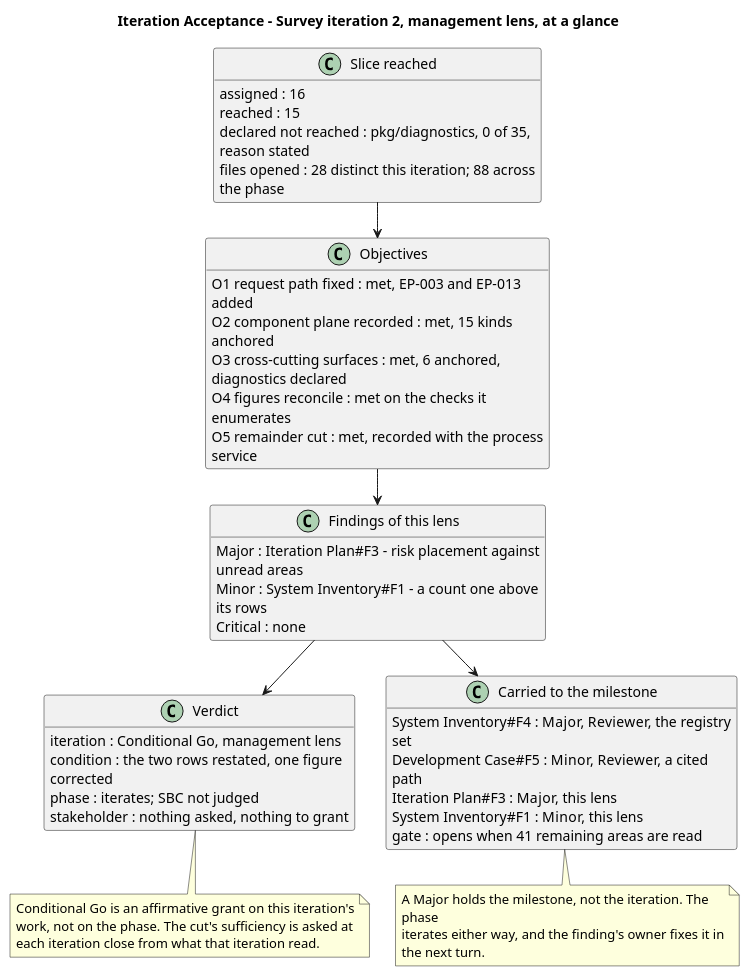
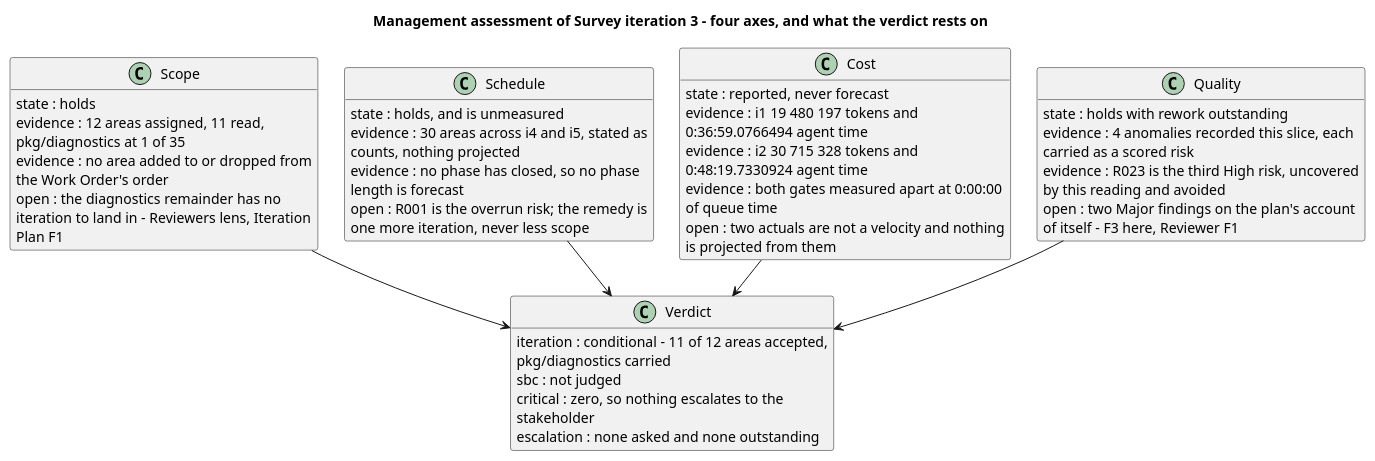
One commit to banense-test/dapr changed diagram 11 of 13 in docs/artifacts/project-management/review-record.md. Above: the diagram before and after it, drawn with PlantUML. The commit also changed other lines of this file, not shown here.

Commit message:
Management Reviewer [Survey3]: upsert Review Record
[skip ci]

````diff
--- a/docs/artifacts/project-management/review-record.md
+++ b/docs/artifacts/project-management/review-record.md
@@ -1127,62 +1116,51 @@
 ```plantuml
 @startuml
-title Iteration Acceptance - Survey iteration 2, management lens, at a glance
+title Management assessment of Survey iteration 3 - four axes, and what the verdict rests on
 hide empty members
 skinparam classAttributeIconSize 0
-skinparam wrapWidth 340
+skinparam wrapWidth 320
 skinparam nodesep 26
 skinparam ranksep 36
 
-class "Slice reached" as S {
-  assigned : 16
-  reached : 15
-  declared not reached : pkg/diagnostics, 0 of 35, reason stated
-  files opened : 28 distinct this iteration; 88 across the phase
+class "Scope" as SCOPE {
+  state : holds
+  evidence : 12 areas assigned, 11 read, pkg/diagnostics at 1 of 35
+  evidence : no area added to or dropped from the Work Order's order
+  open : the diagnostics remainder has no iteration to land in - Reviewers lens, Iteration Plan F1
 }
 
-class "Objectives" as O {
-  O1 request path fixed : met, EP-003 and EP-013 added
-  O2 component plane recorded : met, 15 kinds anchored
-  O3 cross-cutting surfaces : met, 6 anchored, diagnostics declared
-  O4 figures reconcile : met on the checks it enumerates
-  O5 remainder cut : met, recorded with the process service
+class "Schedule" as SCHED {
+  state : holds, and is unmeasured
+  evidence : 30 areas across i4 and i5, stated as counts, nothing projected
+  evidence : no phase has closed, so no phase length is forecast
+  open : R001 is the overrun risk; the remedy is one more iteration, never less scope
 }
 
-class "Findings of this lens" as F {
-  Major : Iteration Plan#F3 - risk placement against unread areas
-  Minor : System Inventory#F1 - a count one above its rows
-  Critical : none
+class "Cost" as COST {
+  state : reported, never forecast
+  evidence : i1 19 480 197 tokens and 0:36:59.0766494 agent time
+  evidence : i2 30 715 328 tokens and 0:48:19.7330924 agent time
+  evidence : both gates measured apart at 0:00:00 of queue time
+  open : two actuals are not a velocity and nothing is projected from them
+}
+
+class "Quality" as QUAL {
+  state : holds with rework outstanding
+  evidence : 4 anomalies recorded this slice, each carried as a scored risk
+  evidence : R023 is the third High risk, uncovered by this reading and avoided
+  open : two Major findings on the plan's account of itself - F3 here, Reviewer F1
 }
 
 class "Verdict" as V {
-  iteration : Conditional Go, management lens
-  condition : the two rows restated, one figure corrected
-  phase : iterates; SBC not judged
-  stakeholder : nothing asked, nothing to grant
+  iteration : conditional - 11 of 12 areas accepted, pkg/diagnostics carried
+  sbc : not judged
+  critical : zero, so nothing escalates to the stakeholder
+  escalation : none asked and none outstanding
 }
 
-class "Carried to the milestone" as M {
-  System Inventory#F4 : Major, Reviewer, the registry set
-  Development Case#F5 : Minor, Reviewer, a cited path
-  Iteration Plan#F3 : Major, this lens
-  System Inventory#F1 : Minor, this lens
-  gate : opens when 41 remaining areas are read
-}
-
-S --> O
-O --> F
-F --> V
-F --> M
-
-note bottom of V
-  Conditional Go is an affirmative grant on this iteration's
-  work, not on the phase. The cut's sufficiency is asked at
-  each iteration close from what that iteration read.
-end note
-note bottom of M
-  A Major holds the milestone, not the iteration. The phase
-  iterates either way, and the finding's owner fixes it in
-  the next turn.
-end note
+SCOPE --> V
+SCHED --> V
+COST --> V
+QUAL --> V
 @enduml
 ```
````
